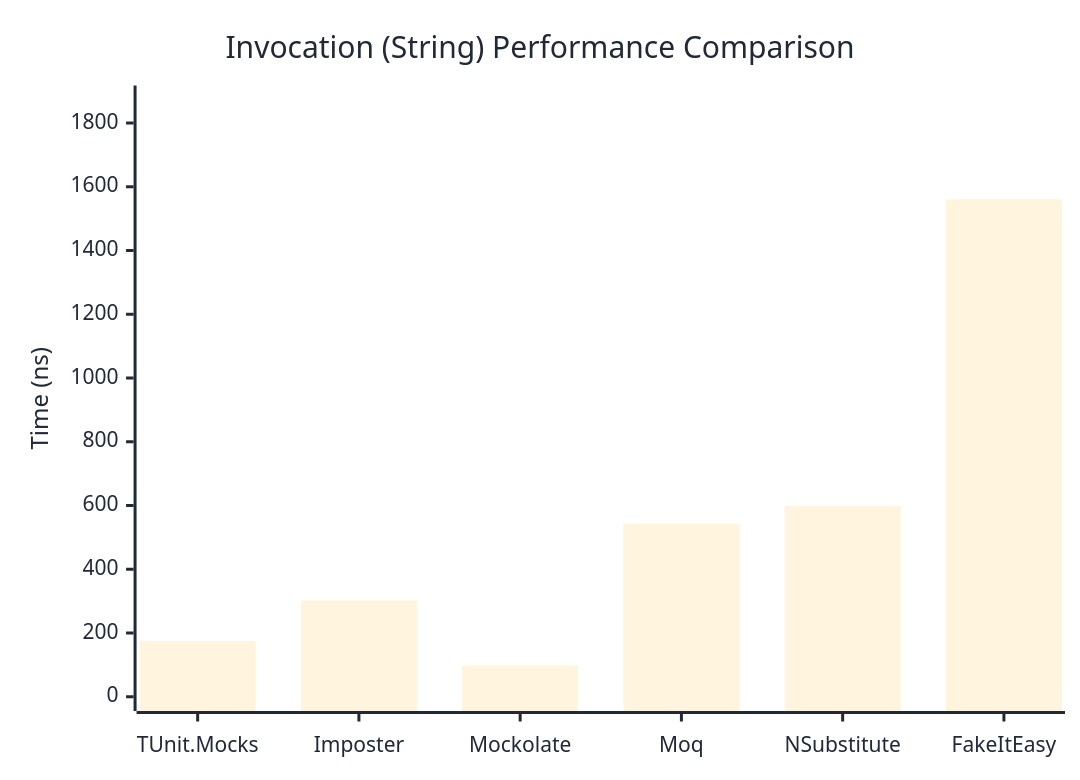
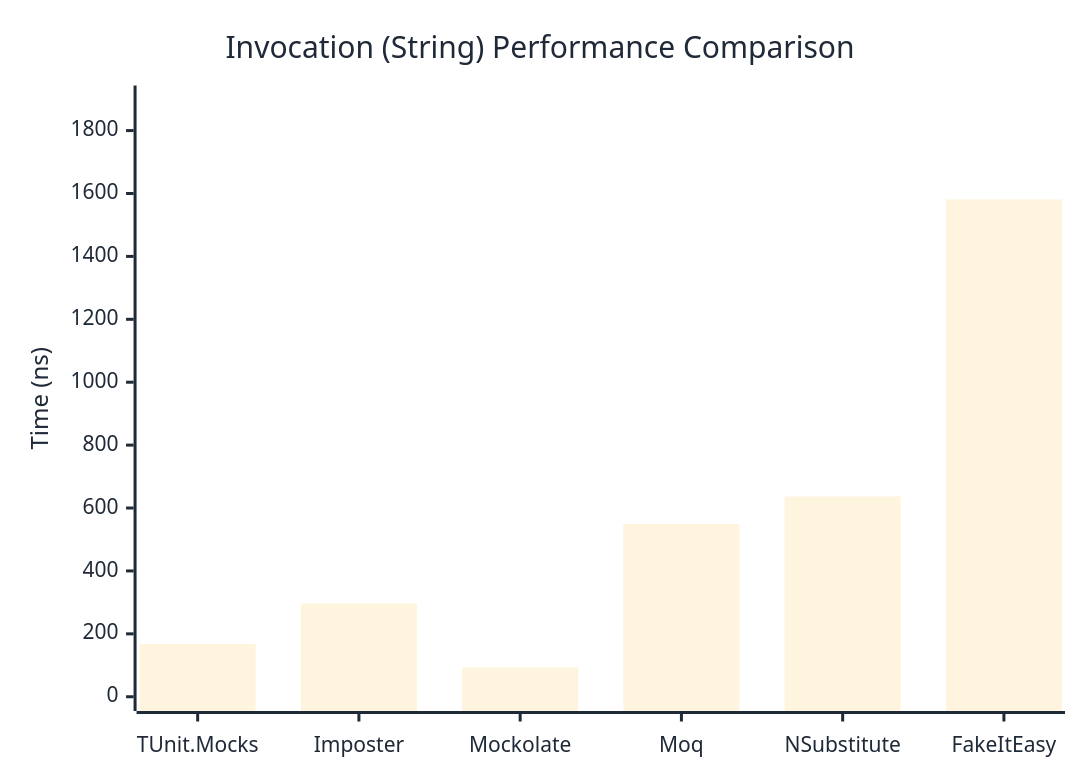
The second of 3 diagrams in docs/docs/benchmarks/mocks/Invocation.md (thomhurst/TUnit), drawn with Mermaid before and after one commit. The commit also changed other lines of this file and 14 other files, not shown here.

````diff
--- a/docs/docs/benchmarks/mocks/Invocation.md
+++ b/docs/docs/benchmarks/mocks/Invocation.md
@@ -71,27 +71,27 @@
 ```mermaid
 %%{init: {
   'theme':'base',
   'themeVariables': {
     'primaryColor': '#2563eb',
     'primaryTextColor': '#1f2937',
     'primaryBorderColor': '#1e40af',
     'lineColor': '#6b7280',
     'secondaryColor': '#7c3aed',
     'tertiaryColor': '#dc2626',
     'background': '#ffffff',
     'pie1': '#2563eb',
     'pie2': '#7c3aed',
     'pie3': '#dc2626',
     'pie4': '#f59e0b',
     'pie5': '#10b981',
     'pie6': '#06b6d4',
     'pie7': '#ec4899',
     'pie8': '#6366f1'
   }
 }}%%
 xychart-beta
   title "Invocation (String) Performance Comparison"
   x-axis ["TUnit.Mocks", "Imposter", "Mockolate", "Moq", "NSubstitute", "FakeItEasy"]
-  y-axis "Time (ns)" 0 --> 1873
-  bar [174.93, 302.2, 97.57, 543.42, 598.2, 1560.51]
+  y-axis "Time (ns)" 0 --> 1898
+  bar [167.79, 296.53, 93.26, 549.13, 636.74, 1580.87]
 ```
````
